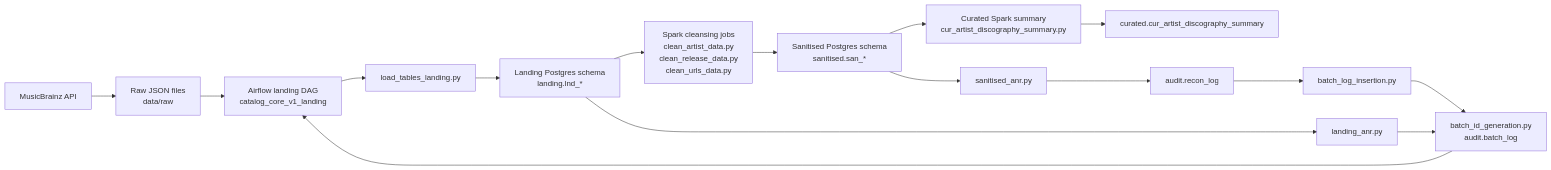
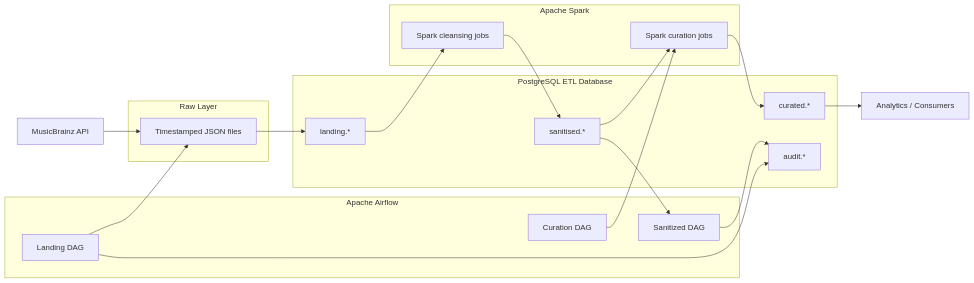
The diagram in README.md (HorizonChaser12/Music_Catalog_ETL), drawn with Mermaid before and after one commit. The commit also changed other lines of this file, not shown here.

````diff
--- a/README.md
+++ b/README.md
@@ -43,22 +39,44 @@
 ```mermaid
 flowchart LR
-    API[MusicBrainz API] --> RAW[Raw JSON files\ndata/raw]
-    RAW --> LANDING_DAG[Airflow landing DAG\ncatalog_core_v1_landing]
-    LANDING_DAG --> LOAD[load_tables_landing.py]
-    LOAD --> LND[Landing Postgres schema\nlanding.lnd_*]
+    SOURCE[MusicBrainz API]
 
-    LND --> SPARK[Spark cleansing jobs\nclean_artist_data.py\nclean_release_data.py\nclean_urls_data.py]
-    SPARK --> SAN[Sanitised Postgres schema\nsanitised.san_*]
+    subgraph AIRFLOW[Apache Airflow]
+        LANDING_DAG[Landing DAG]
+        SAN_DAG[Sanitized DAG]
+        CURATION_DAG[Curation DAG]
+    end
 
-    SAN --> CURATION[Curated Spark summary\ncur_artist_discography_summary.py]
-    CURATION --> CURATED[curated.cur_artist_discography_summary]
+    subgraph RAW[Raw Layer]
+        RAW_JSON[Timestamped JSON files]
+    end
 
-    BATCH[batch_id_generation.py\naudit.batch_log] --> LANDING_DAG
-    LND --> ANR[landing_anr.py]
-    ANR --> BATCH
+    subgraph PG[PostgreSQL ETL Database]
+        LANDING[landing.*]
+        SAN[sanitised.*]
+        CURATED[curated.*]
+        AUDIT[audit.*]
+    end
 
-    SAN --> RECON[sanitised_anr.py]
-    RECON --> RECONLOG[audit.recon_log]
-    RECONLOG --> BATCHLOG[batch_log_insertion.py]
-    BATCHLOG --> BATCH
+    subgraph SPARK[Apache Spark]
+        CLEAN[Spark cleansing jobs]
+        CURATE[Spark curation jobs]
+    end
+
+    SOURCE --> RAW_JSON
+    LANDING_DAG --> RAW_JSON
+    RAW_JSON --> LANDING
+
+    LANDING_DAG --> AUDIT
+
+    LANDING --> CLEAN
+    CLEAN --> SAN
+
+    SAN --> SAN_DAG
+    SAN_DAG --> AUDIT
+
+    SAN --> CURATE
+    CURATE --> CURATED
+
+    CURATION_DAG --> CURATE
+    CURATED --> DOWNSTREAM[Analytics / Consumers]
 ```
````
